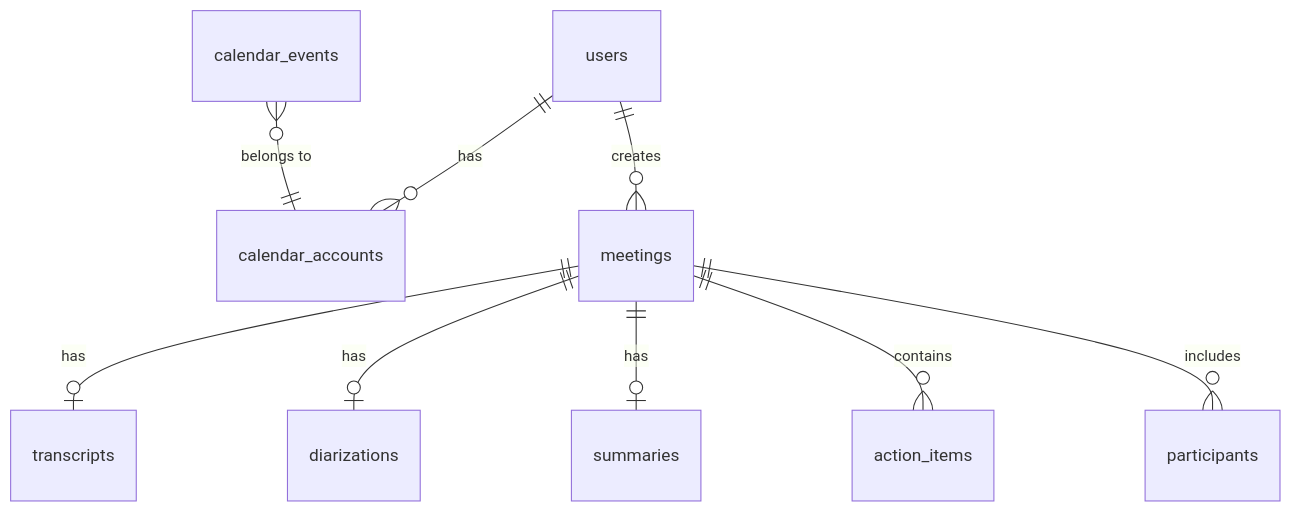
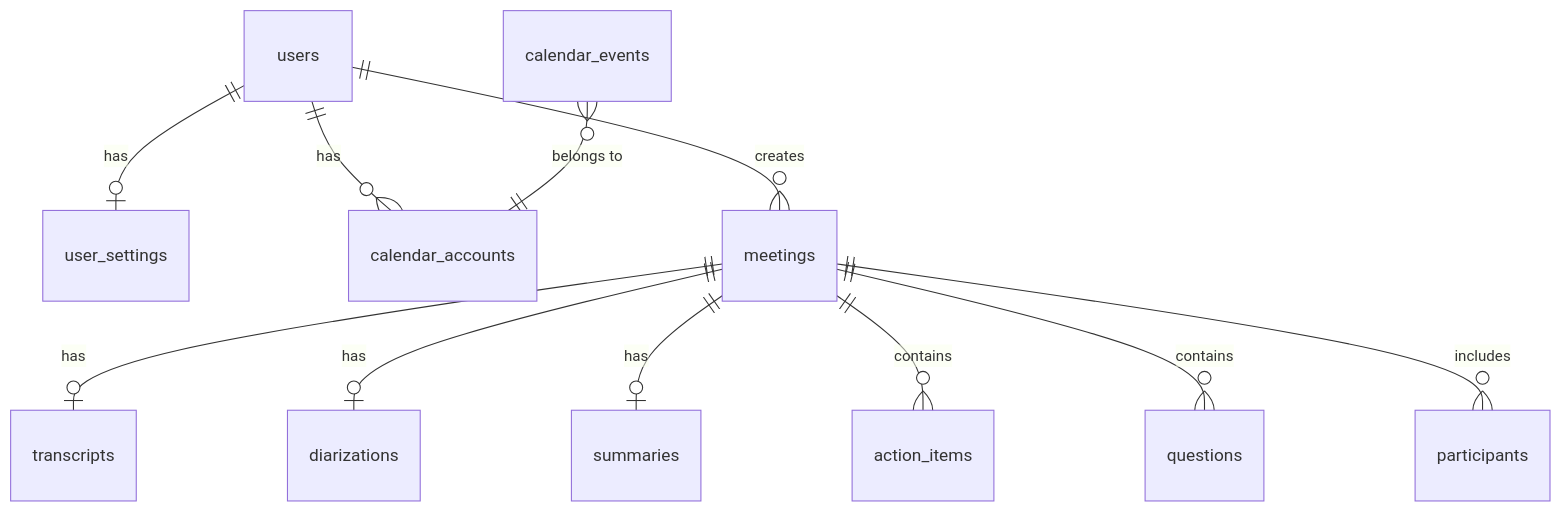
The diagram in docs/DATABASE_SCHEMA.md (weeargh/potts), drawn with Mermaid before and after one commit. The commit also changed other lines of this file and 1 other file, not shown here.

First line of the commit message:
docs: update DATABASE_SCHEMA and CONNECTING_MEETINGBAAS

````diff
--- a/docs/DATABASE_SCHEMA.md
+++ b/docs/DATABASE_SCHEMA.md
@@ -11,11 +11,13 @@
 ```mermaid
 erDiagram
+    users ||--o| user_settings : "has"
     users ||--o{ calendar_accounts : "has"
     users ||--o{ meetings : "creates"
     meetings ||--o| transcripts : "has"
     meetings ||--o| diarizations : "has"
     meetings ||--o| summaries : "has"
     meetings ||--o{ action_items : "contains"
+    meetings ||--o{ questions : "contains"
     meetings ||--o{ participants : "includes"
     calendar_events }o--|| calendar_accounts : "belongs to"
 ```
````
